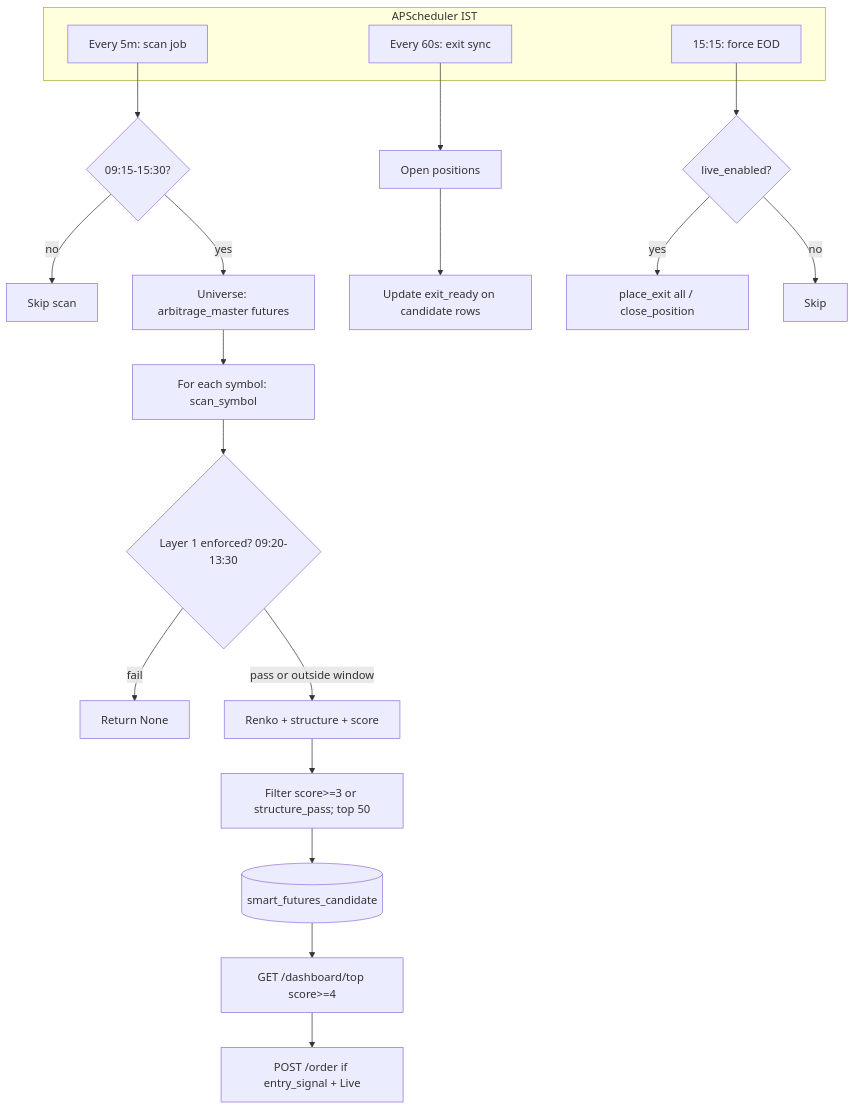
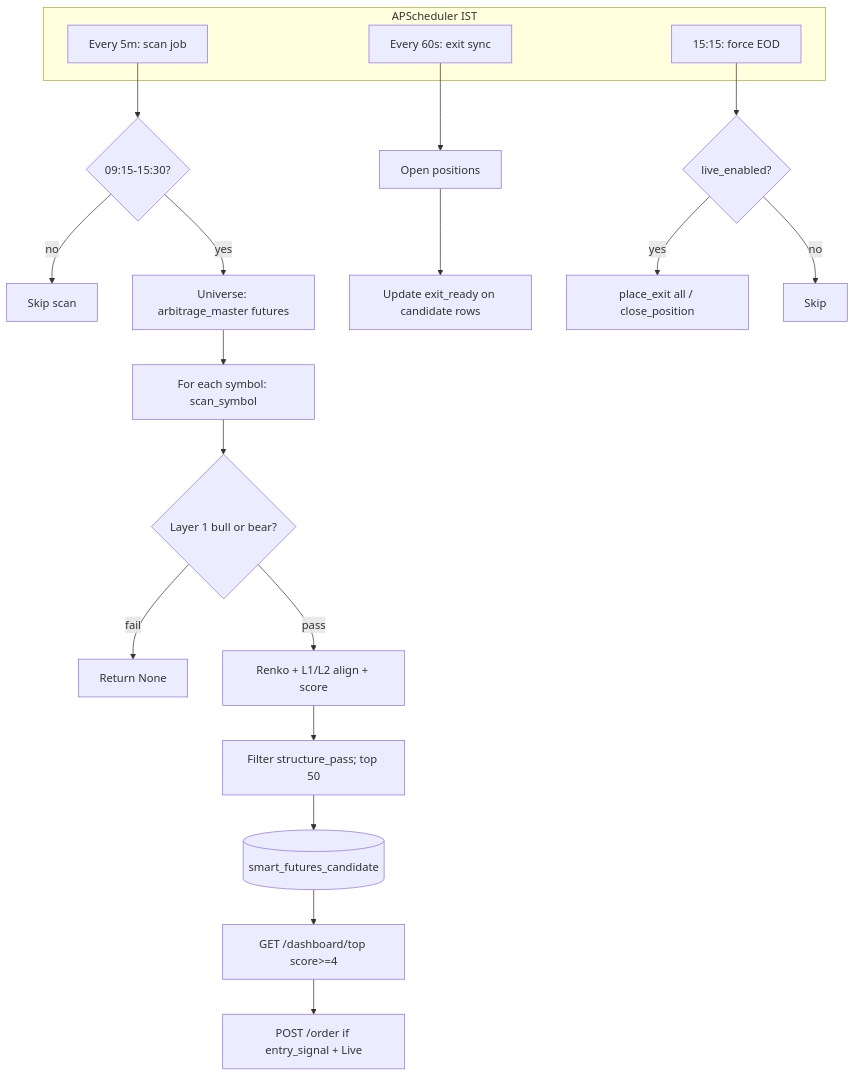
Before and after one commit to bipulsin/trademanthan: the diagram in docs/smart-futures-execution-sequence.md, drawn with Mermaid. The commit also changed other lines of this file and 3 other files, not shown here.

First line of the commit message:
Smart Futures: dual Layer-1 (bull/bear, ATR10), L2 alignment, L3 window 9:30-13:45, persist structure_pass only

````diff
--- a/docs/smart-futures-execution-sequence.md
+++ b/docs/smart-futures-execution-sequence.md
@@ -130,28 +133,28 @@
 ```mermaid
 flowchart TD
     subgraph sched[APScheduler IST]
         S5[Every 5m: scan job]
         S60[Every 60s: exit sync]
         S1515[15:15: force EOD]
     end
 
     S5 --> W{09:15-15:30?}
     W -->|no| Skip[Skip scan]
     W -->|yes| U[Universe: arbitrage_master futures]
     U --> Sym[For each symbol: scan_symbol]
-    Sym --> L1{Layer 1 enforced? 09:20-13:30}
+    Sym --> L1{Layer 1 bull or bear?}
     L1 -->|fail| Drop[Return None]
-    L1 -->|pass or outside window| R[Renko + structure + score]
-    R --> P[Filter score>=3 or structure_pass; top 50]
+    L1 -->|pass| R[Renko + L1/L2 align + score]
+    R --> P[Filter structure_pass; top 50]
     P --> DB[(smart_futures_candidate)]
 
     S60 --> OP[Open positions]
     OP --> ER[Update exit_ready on candidate rows]
 
     S1515 --> LV{live_enabled?}
     LV -->|yes| FX[place_exit all / close_position]
     LV -->|no| SkipEOD[Skip]
 
     DB --> UI[GET /dashboard/top score>=4]
     UI --> Ord[POST /order if entry_signal + Live]
 ```
````
